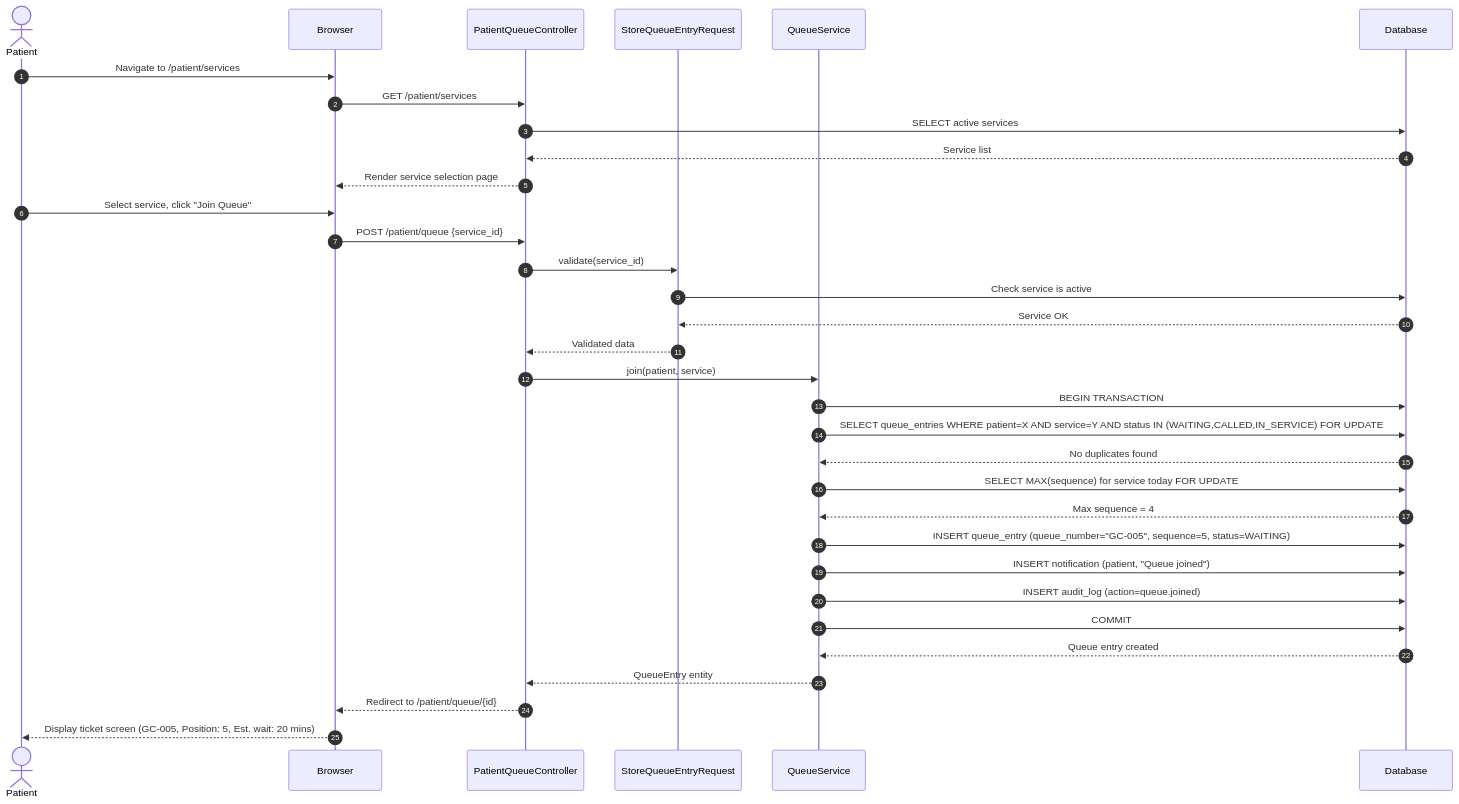
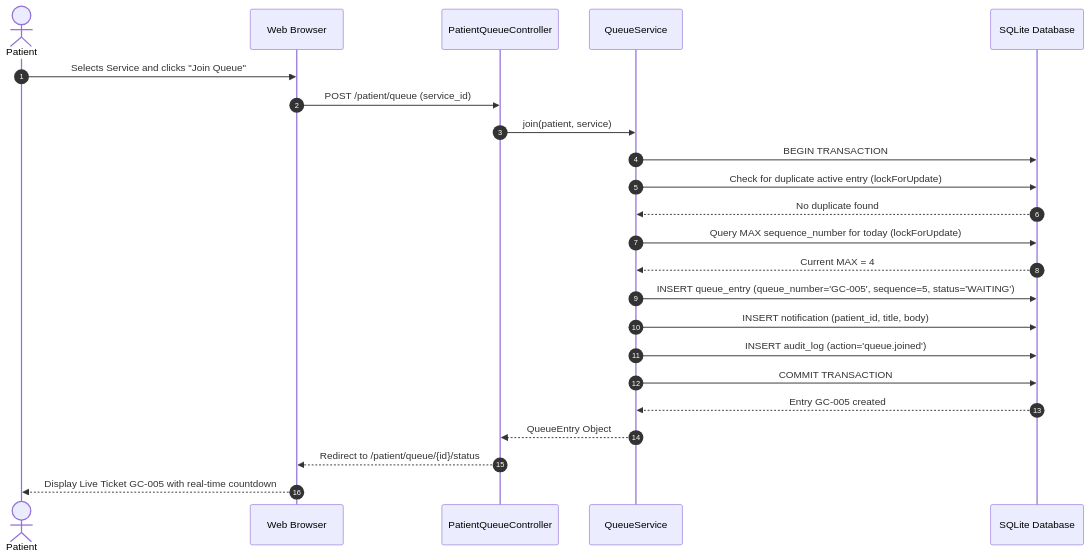
Before and after one commit to mhiskall282/MediQueue: the fifth of 7 diagrams in docs/system-design.md, drawn with Mermaid. The commit also changed other lines of this file and 1 other file, not shown here.

Commit message:
docs: clean and standardize Mermaid diagrams; add comprehensive SmokeTest across all roles

````diff
--- a/docs/system-design.md
+++ b/docs/system-design.md
@@ -219,39 +220,26 @@
 ```mermaid
 sequenceDiagram
     autonumber
-    actor Patient
-    participant Browser as Browser
+    actor Patient as Patient
+    participant Browser as Web Browser
     participant Controller as PatientQueueController
-    participant FormReq as StoreQueueEntryRequest
     participant Service as QueueService
-    participant DB as Database
+    participant DB as SQLite Database
 
-    Patient->>Browser: Navigate to /patient/services
-    Browser->>Controller: GET /patient/services
-    Controller->>DB: SELECT active services
-    DB-->>Controller: Service list
-    Controller-->>Browser: Render service selection page
-
-    Patient->>Browser: Select service, click "Join Queue"
-    Browser->>Controller: POST /patient/queue {service_id}
-    Controller->>FormReq: validate(service_id)
-    FormReq->>DB: Check service is active
-    DB-->>FormReq: Service OK
-    FormReq-->>Controller: Validated data
-
+    Patient->>Browser: Selects Service and clicks "Join Queue"
+    Browser->>Controller: POST /patient/queue (service_id)
     Controller->>Service: join(patient, service)
     Service->>DB: BEGIN TRANSACTION
-    Service->>DB: SELECT queue_entries WHERE patient=X AND service=Y AND status IN (WAITING,CALLED,IN_SERVICE) FOR UPDATE
-    DB-->>Service: No duplicates found
-    Service->>DB: SELECT MAX(sequence) for service today FOR UPDATE
-    DB-->>Service: Max sequence = 4
-    Service->>DB: INSERT queue_entry (queue_number="GC-005", sequence=5, status=WAITING)
-    Service->>DB: INSERT notification (patient, "Queue joined")
-    Service->>DB: INSERT audit_log (action=queue.joined)
-    Service->>DB: COMMIT
-    DB-->>Service: Queue entry created
-    Service-->>Controller: QueueEntry entity
-
-    Controller-->>Browser: Redirect to /patient/queue/{id}
-    Browser-->>Patient: Display ticket screen (GC-005, Position: 5, Est. wait: 20 mins)
+    Service->>DB: Check for duplicate active entry (lockForUpdate)
+    DB-->>Service: No duplicate found
+    Service->>DB: Query MAX sequence_number for today (lockForUpdate)
+    DB-->>Service: Current MAX = 4
+    Service->>DB: INSERT queue_entry (queue_number='GC-005', sequence=5, status='WAITING')
+    Service->>DB: INSERT notification (patient_id, title, body)
+    Service->>DB: INSERT audit_log (action='queue.joined')
+    Service->>DB: COMMIT TRANSACTION
+    DB-->>Service: Entry GC-005 created
+    Service-->>Controller: QueueEntry Object
+    Controller-->>Browser: Redirect to /patient/queue/{id}/status
+    Browser-->>Patient: Display Live Ticket GC-005 with real-time countdown
 ```
````
